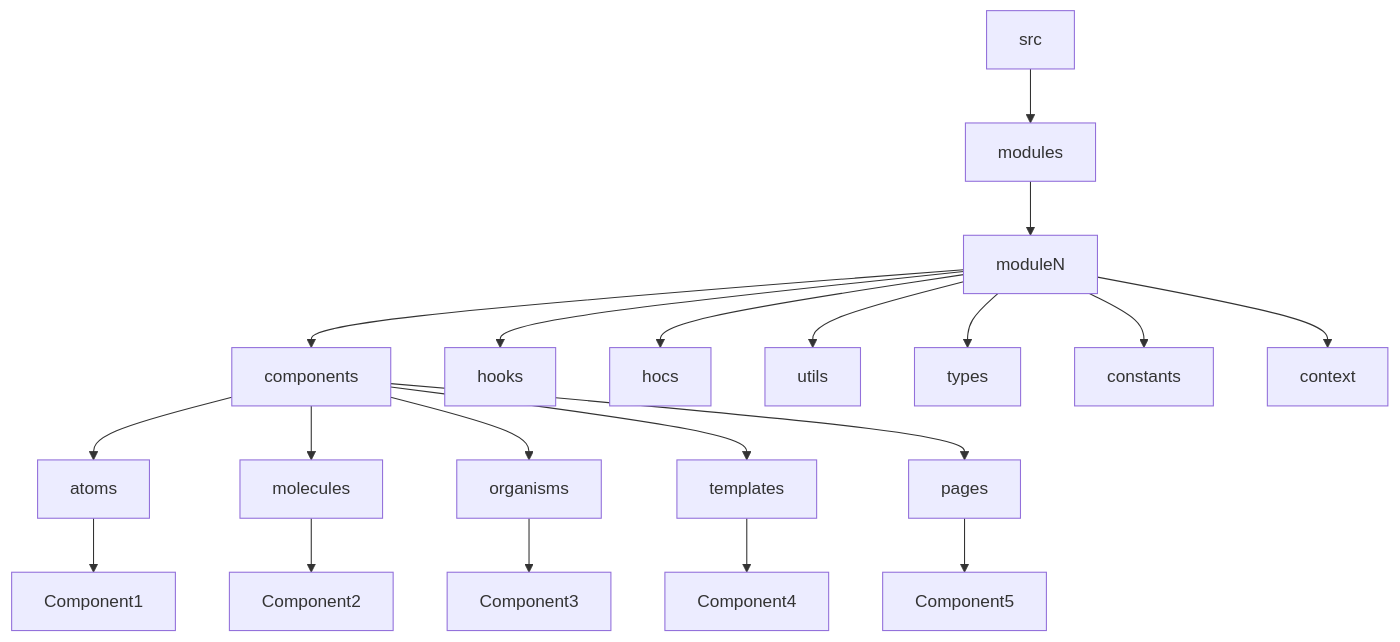
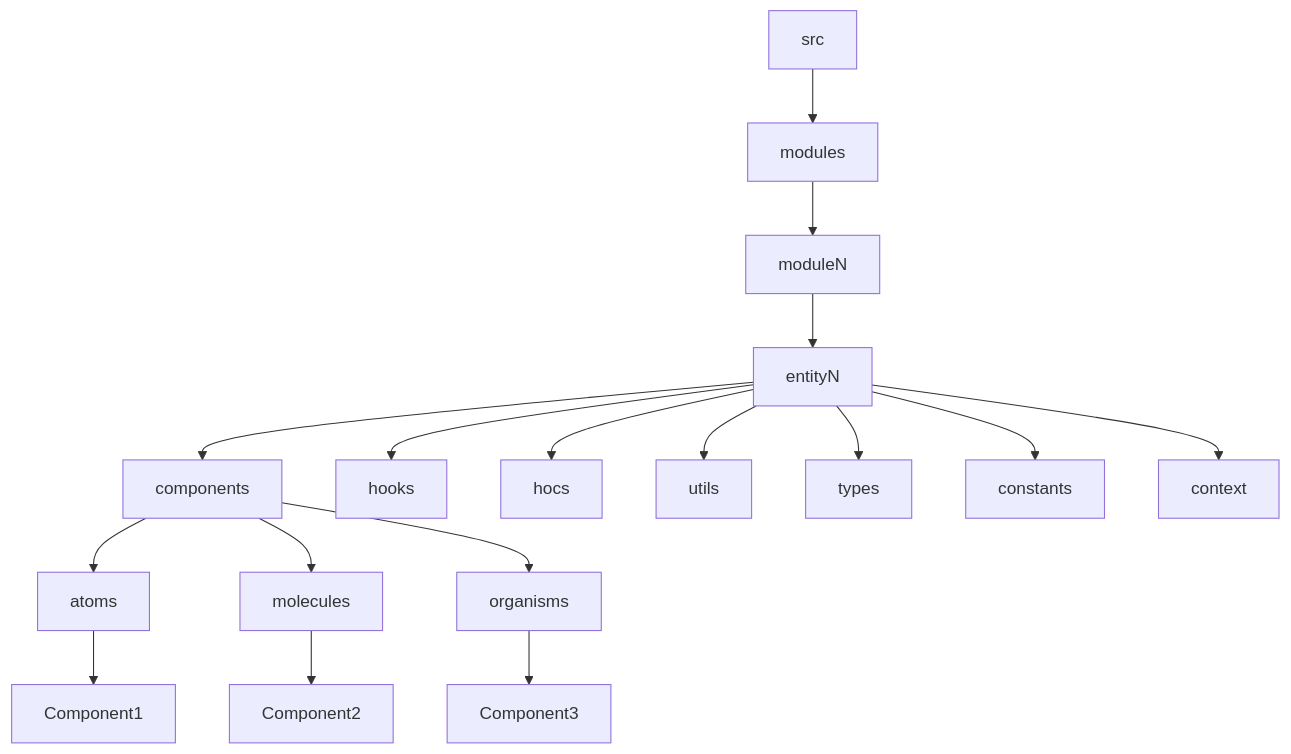
The fifth of 10 diagrams in apps/archive/docs/engineering-playbook/source-control/simple-react-files-stricture.mdx (runespoor-engineering/runespoorstack), drawn with Mermaid before and after one commit. The commit also changed other lines of this file, not shown here.

````diff
--- a/apps/archive/docs/engineering-playbook/source-control/simple-react-files-stricture.mdx
+++ b/apps/archive/docs/engineering-playbook/source-control/simple-react-files-stricture.mdx
@@ -184,22 +213,19 @@
 ```mermaid
 graph TD
   src --> modules
   modules --> moduleN
-  moduleN --> components
-  moduleN --> hooks
-  moduleN --> hocs
-  moduleN --> utils
-  moduleN --> types
-  moduleN --> constants
-  moduleN --> context
+  moduleN --> entityN
+  entityN --> components
+  entityN --> hooks
+  entityN --> hocs
+  entityN --> utils
+  entityN --> types
+  entityN --> constants
+  entityN --> context
   components --> atoms
   components --> molecules
   components --> organisms
-  components --> templates
-  components --> pages
   atoms --> Component1
   molecules --> Component2
   organisms --> Component3
-  templates --> Component4
-  pages --> Component5
 ```
````
